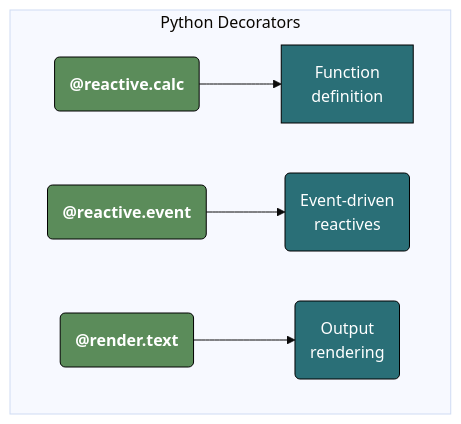
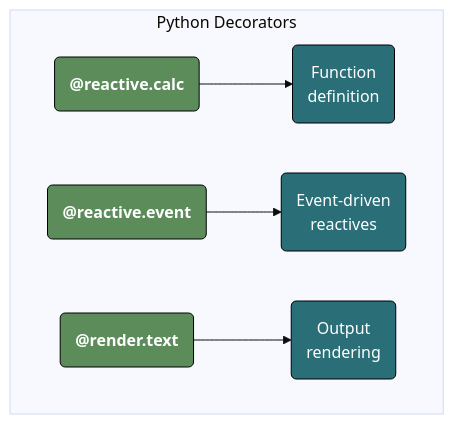
The fifth of 7 diagrams in py-app-api.qmd (mjfrigaard/do4ds-labs), drawn with Mermaid before and after one commit. The commit also changed other lines of this file and 19 other files, not shown here.

````diff
--- a/py-app-api.qmd
+++ b/py-app-api.qmd
@@ -844,18 +848,18 @@
 ```{mermaid}
 %%| fig-cap: 'Python Reactive Decorators'
 %%{init: {'theme': 'base', 'themeVariables': {'fontFamily': 'monospace'}}}%%
 
 graph TD
     subgraph "Python Decorators"
-        A("<strong>@reactive.calc</strong>") --> B[Function<br>definition]
+        A("<strong>@reactive.calc</strong>") --> B("Function<br>definition")
         C("<strong>@reactive.event</strong>") --> D("Event-driven<br>reactives")
         E("<strong>@render.text</strong>") --> F("Output<br>rendering")
     end
 
     style A fill:#5B8C5A,stroke:#000000,stroke-width:1px,color:#ffffff
     style B fill:#2A6F77,stroke:#000000,stroke-width:1px,color:#ffffff
     style C fill:#5B8C5A,stroke:#000000,stroke-width:1px,color:#ffffff
     style D fill:#2A6F77,stroke:#000000,stroke-width:1px,color:#ffffff
     style E fill:#5B8C5A,stroke:#000000,stroke-width:1px,color:#ffffff
     style F fill:#2A6F77,stroke:#000000,stroke-width:1px,color:#ffffff
 ```
````
